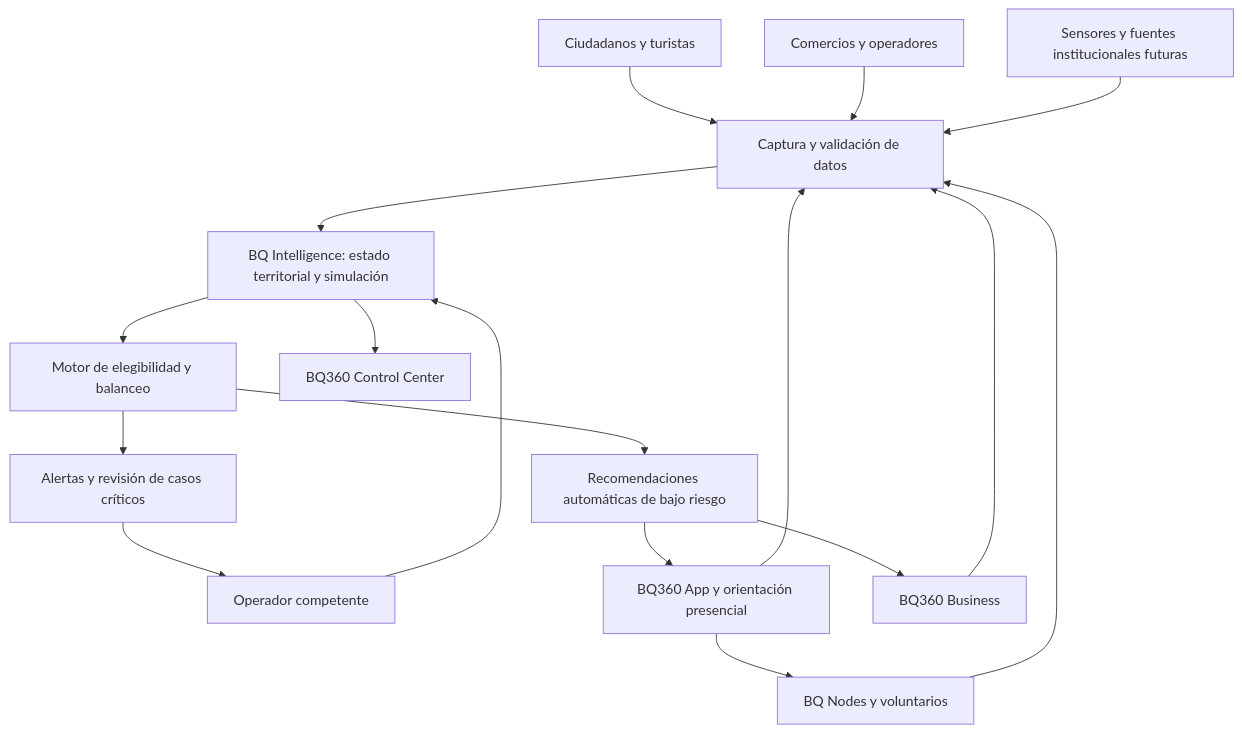
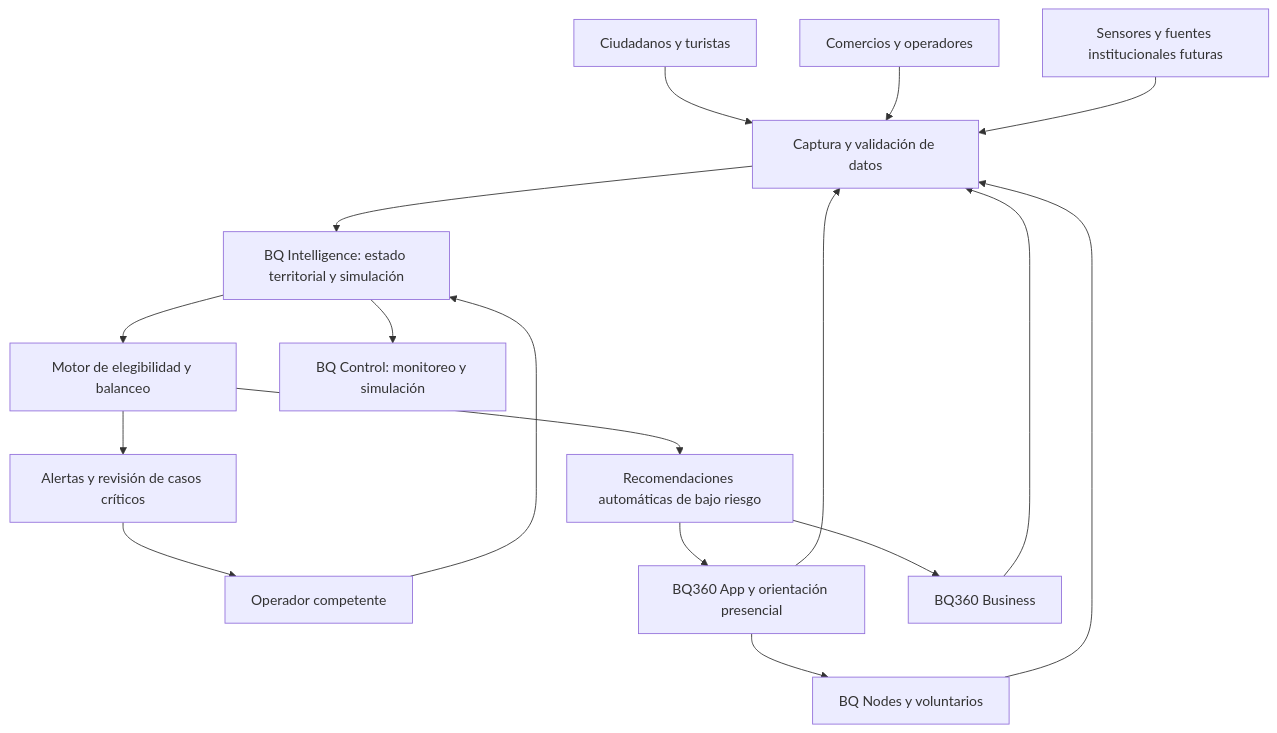
Before and after one commit to luisGCarpio/quijam-2026: the diagram in docs/BQ360-Sprint-2.md, drawn with Mermaid. The commit also changed other lines of this file, not shown here.

Commit message:
docs: restructure BQ360 functional modules and technical architecture

````diff
--- a/docs/BQ360-Sprint-2.md
+++ b/docs/BQ360-Sprint-2.md
@@ -59,19 +98,19 @@
 ```mermaid
 flowchart TD
  A[Ciudadanos y turistas] --> D[Captura y validación de datos]
  B[Comercios y operadores] --> D
  C[Sensores y fuentes institucionales futuras] --> D
  D --> E[BQ Intelligence: estado territorial y simulación]
  E --> F[Motor de elegibilidad y balanceo]
  F --> G[Recomendaciones automáticas de bajo riesgo]
  F --> H[Alertas y revisión de casos críticos]
  H --> I[Operador competente]
  I --> E
  G --> J[BQ360 App y orientación presencial]
  G --> K[BQ360 Business]
- E --> L[BQ360 Control Center]
+ E --> L[BQ Control: monitoreo y simulación]
  J --> M[BQ Nodes y voluntarios]
  J --> D
  K --> D
  M --> D
 ```
````
